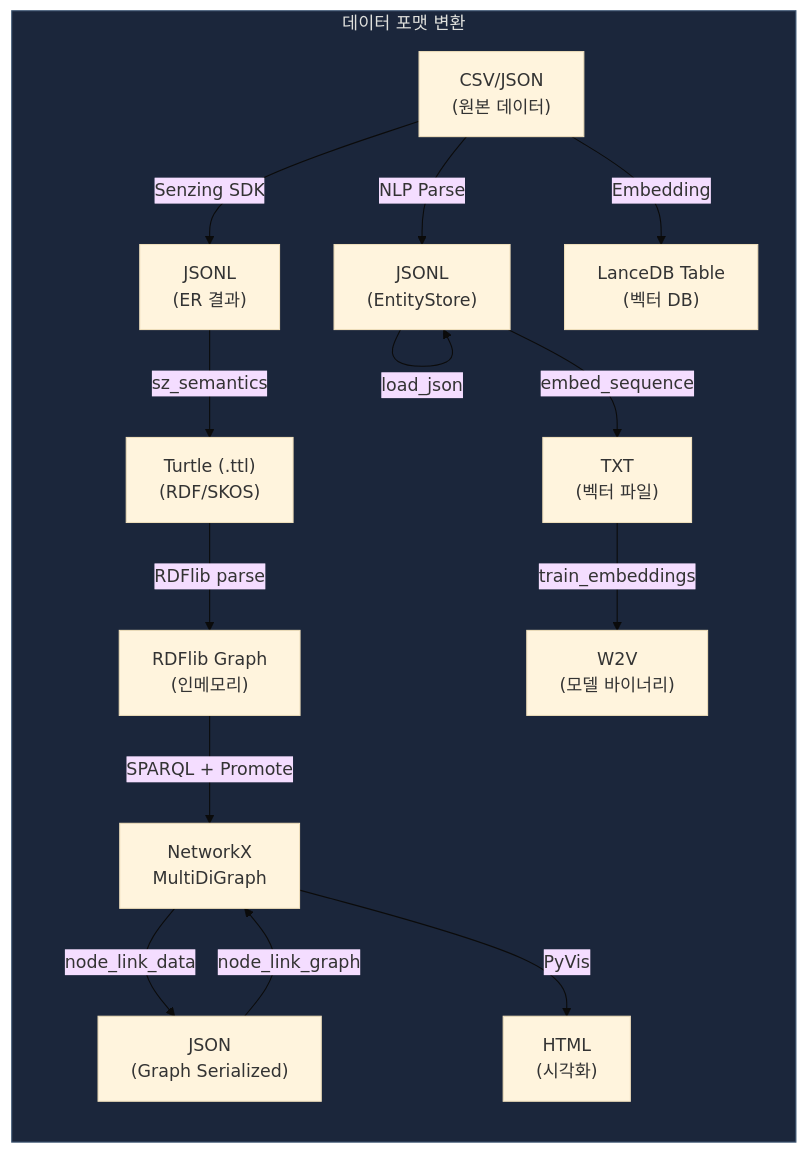
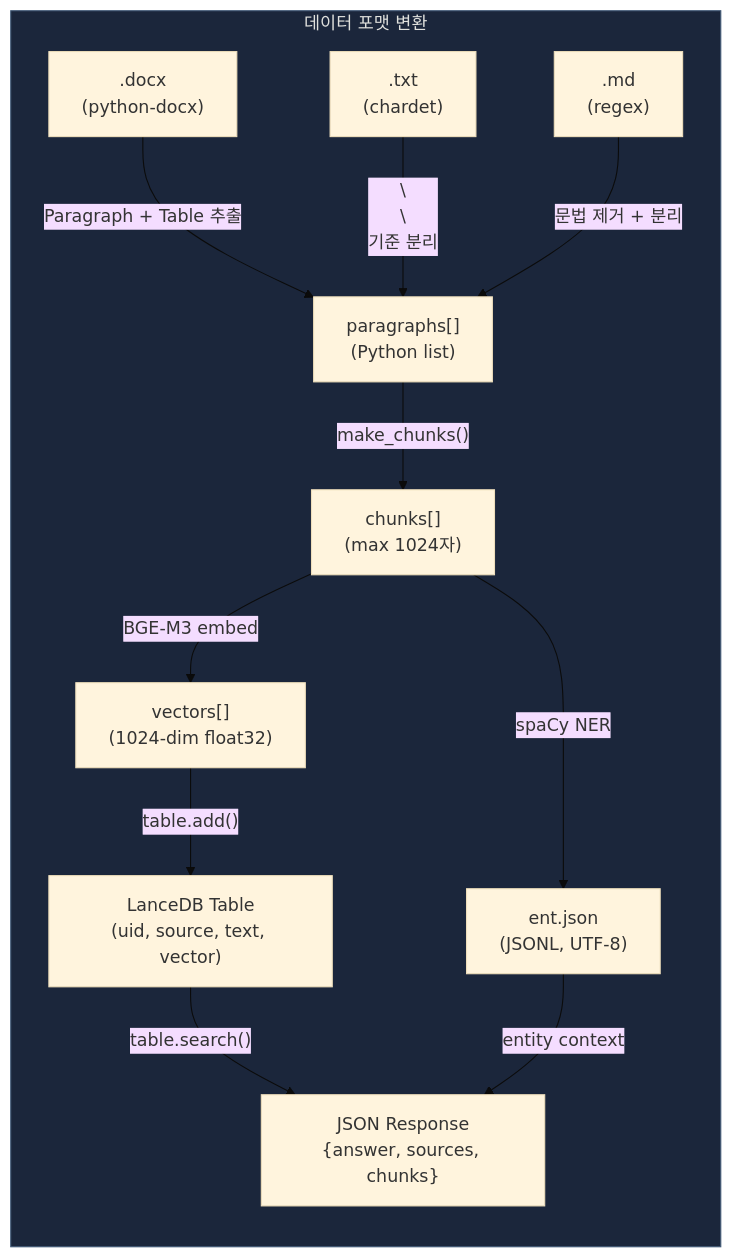
The fourth of 11 diagrams in docs/03_user_and_data_workflow.md (laurus-kpa007/GraphRAG-Senzing), drawn with Mermaid (base theme) before and after one commit. The commit also changed other lines of this file and 4 other files, not shown here.

````diff
--- a/docs/03_user_and_data_workflow.md
+++ b/docs/03_user_and_data_workflow.md
@@ -198,34 +169,26 @@
 ```mermaid
 flowchart LR
     subgraph FORMATS["데이터 포맷 변환"]
-        CSV_JSON["CSV/JSON\n(원본 데이터)"]
-        JSONL["JSONL\n(ER 결과)"]
-        TTL["Turtle (.ttl)\n(RDF/SKOS)"]
-        RDFG["RDFlib Graph\n(인메모리)"]
-        NXG["NetworkX\nMultiDiGraph"]
-        JSON_ENT["JSONL\n(EntityStore)"]
-        JSON_GRAPH["JSON\n(Graph Serialized)"]
-        VEC_TXT["TXT\n(벡터 파일)"]
-        W2V_BIN["W2V\n(모델 바이너리)"]
-        LANCE_TBL["LanceDB Table\n(벡터 DB)"]
-        HTML_OUT["HTML\n(시각화)"]
+        DOCX_IN[".docx\n(python-docx)"]
+        TXT_IN[".txt\n(chardet)"]
+        MD_IN[".md\n(regex)"]
+        PARA["paragraphs[]\n(Python list)"]
+        CHUNKS["chunks[]\n(max 1024자)"]
+        VECTORS["vectors[]\n(1024-dim float32)"]
+        LANCE_TBL["LanceDB Table\n(uid, source, text, vector)"]
+        ENT_JSONL["ent.json\n(JSONL, UTF-8)"]
+        ANSWER_OUT["JSON Response\n{answer, sources, chunks}"]
     end
 
-    CSV_JSON -->|"Senzing SDK"| JSONL
-    JSONL -->|"sz_semantics"| TTL
-    TTL -->|"RDFlib parse"| RDFG
-    RDFG -->|"SPARQL + Promote"| NXG
-    NXG -->|"node_link_data"| JSON_GRAPH
-    JSON_GRAPH -->|"node_link_graph"| NXG
-
-    CSV_JSON -->|"NLP Parse"| JSON_ENT
-    JSON_ENT -->|"load_json"| JSON_ENT
-    JSON_ENT -->|"embed_sequence"| VEC_TXT
-    VEC_TXT -->|"train_embeddings"| W2V_BIN
-
-    CSV_JSON -->|"Embedding"| LANCE_TBL
-
-    NXG -->|"PyVis"| HTML_OUT
+    DOCX_IN -->|"Paragraph + Table 추출"| PARA
+    TXT_IN -->|"\\n\\n 기준 분리"| PARA
+    MD_IN -->|"문법 제거 + 분리"| PARA
+    PARA -->|"make_chunks()"| CHUNKS
+    CHUNKS -->|"BGE-M3 embed"| VECTORS
+    VECTORS -->|"table.add()"| LANCE_TBL
+    CHUNKS -->|"spaCy NER"| ENT_JSONL
+    LANCE_TBL -->|"table.search()"| ANSWER_OUT
+    ENT_JSONL -->|"entity context"| ANSWER_OUT
 
     style FORMATS fill:#1b263b,stroke:#415a77,color:#e0e1dd
 ```
````
